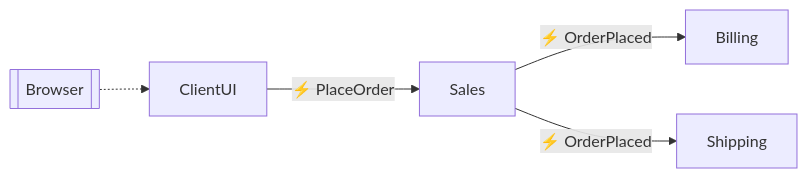
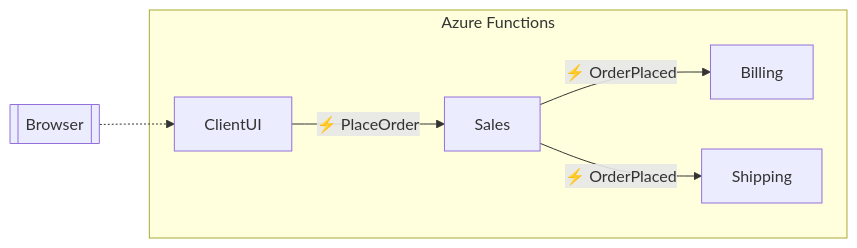
The diagram in README.md (scale-tone/nservicebus-azure-functions-demo), drawn with Mermaid before and after one commit.

````diff
--- a/README.md
+++ b/README.md
@@ -7,10 +7,15 @@
 ```mermaid
 
 graph LR
 
 Browser[[Browser]] -.-> ClientUI
+
+subgraph Azure Functions
+
 ClientUI -- "#9889; PlaceOrder" --> Sales
 Sales -- "#9889; OrderPlaced" --> Billing
 Sales -- "#9889; OrderPlaced" --> Shipping
 
+end
+
 ```
````
